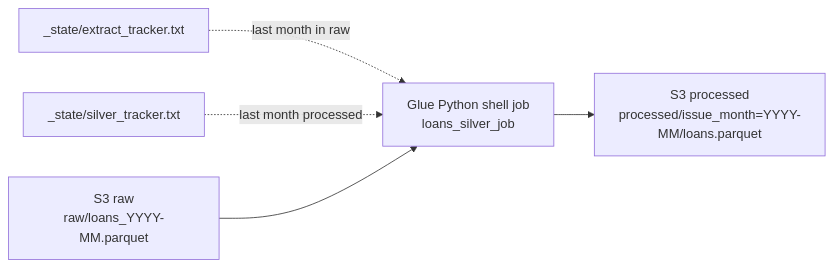
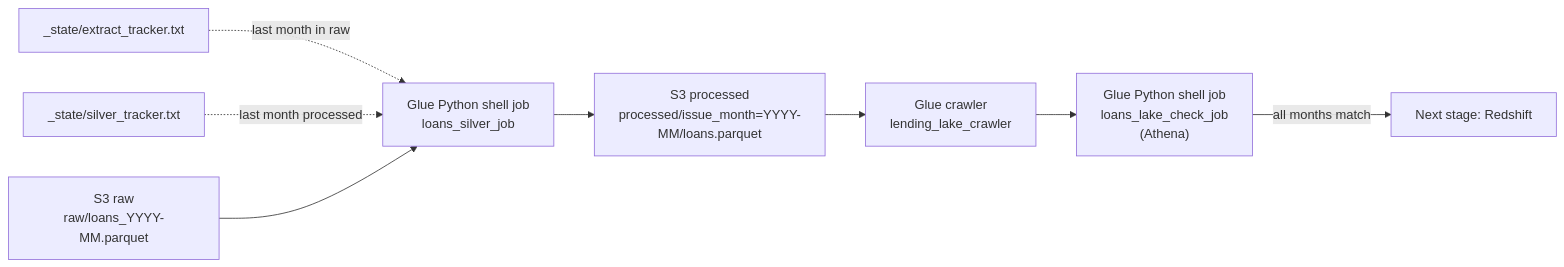
One commit to ajaychandra-arekal/data_engineering_lending_pipeline changed the diagram in 02_transformation/README.md. Above: the diagram before and after it, drawn with Mermaid. The commit also changed other lines of this file and 1 other file, not shown here.

Commit message:
Add Athena lake checks and check job

````diff
--- a/02_transformation/README.md
+++ b/02_transformation/README.md
@@ -8,7 +9,10 @@
 ```mermaid
 flowchart LR
     T1["_state/extract_tracker.txt"] -.->|last month in raw| B
     T2["_state/silver_tracker.txt"] -.->|last month processed| B
     A["S3 raw<br/>raw/loans_YYYY-MM.parquet"] --> B["Glue Python shell job<br/>loans_silver_job"]
     B --> C["S3 processed<br/>processed/issue_month=YYYY-MM/loans.parquet"]
+    C --> D["Glue crawler<br/>lending_lake_crawler"]
+    D --> E["Glue Python shell job<br/>loans_lake_check_job<br/>(Athena)"]
+    E -->|all months match| F["Next stage: Redshift"]
 ```
````
